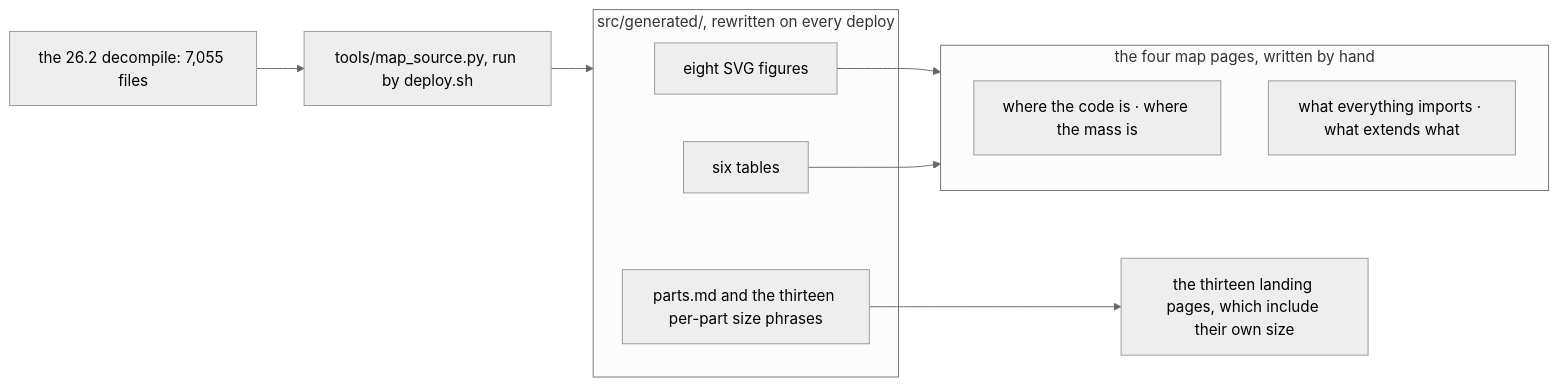
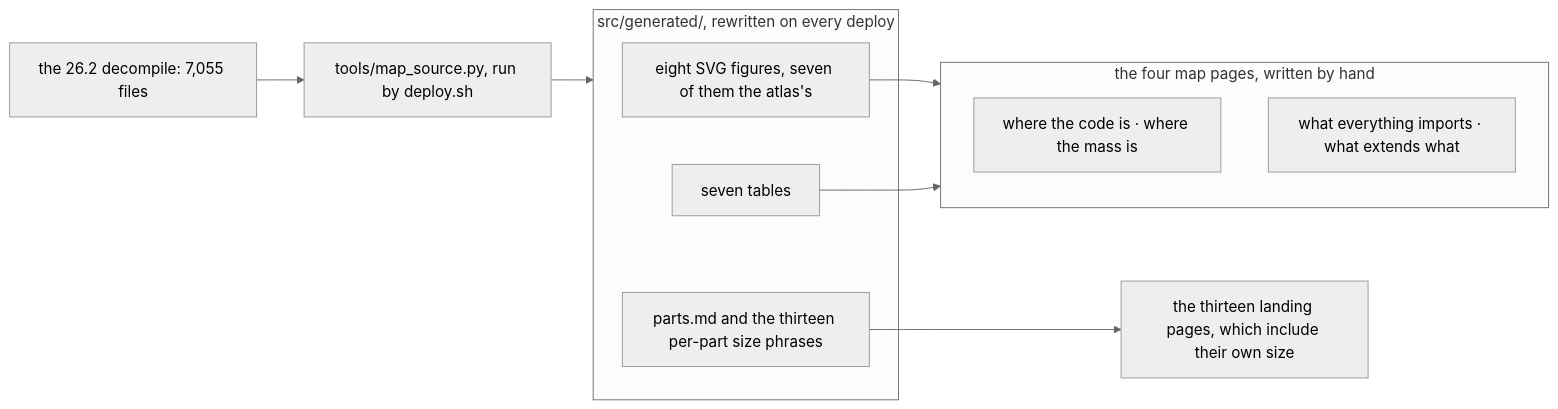
One commit to AlexanderjFraser/MinecraftDocs changed the diagram in src/maps/README.md. Above: the diagram before and after it, drawn with Mermaid (neutral theme). The commit also changed other lines of this file and 23 other files, not shown here.

````diff
--- a/src/maps/README.md
+++ b/src/maps/README.md
@@ -22,18 +24,18 @@
 ```mermaid
 flowchart LR
     D["the 26.2 decompile: 7,055 files"]
     T["tools/map_source.py, run by deploy.sh"]
     subgraph G["src/generated/, rewritten on every deploy"]
-        G1["eight SVG figures"]
-        G2["six tables"]
+        G1["eight SVG figures, seven of them the atlas's"]
+        G2["seven tables"]
         G3["parts.md and the thirteen per-part size phrases"]
     end
     subgraph P["the four map pages, written by hand"]
         P1["where the code is · where the mass is"]
         P2["what everything imports · what extends what"]
     end
     D --> T --> G
     G1 --> P
     G2 --> P
     G3 --> LP["the thirteen landing pages, which include their own size"]
 ```
````
